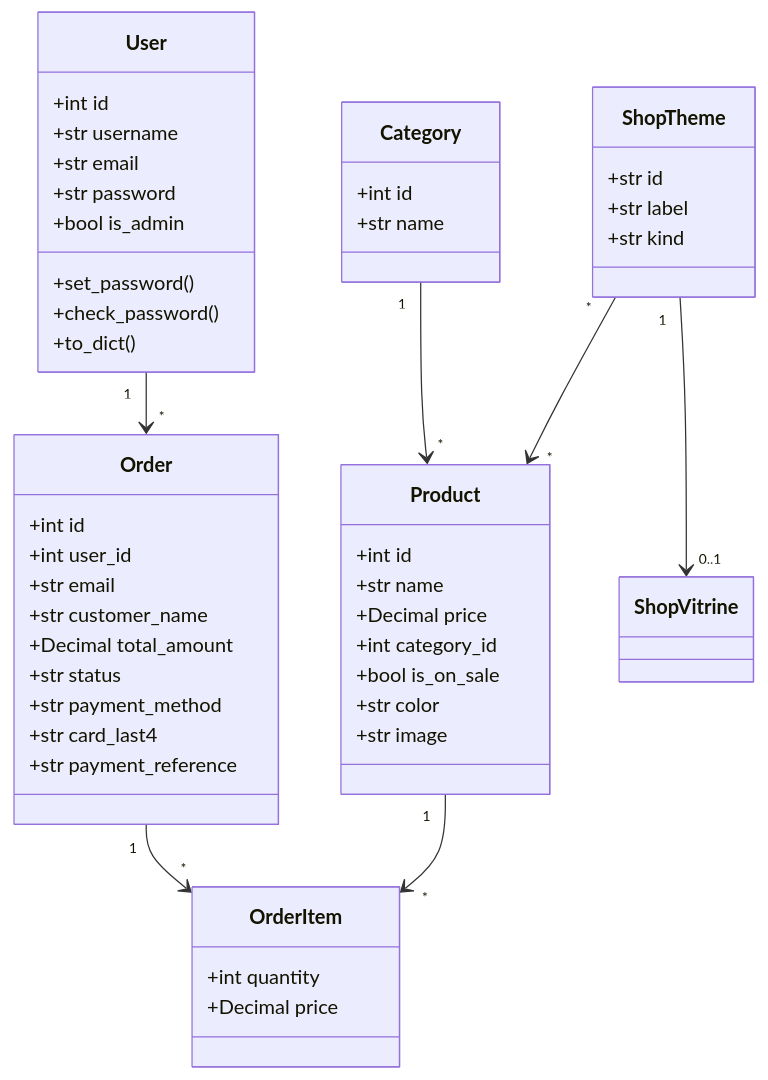
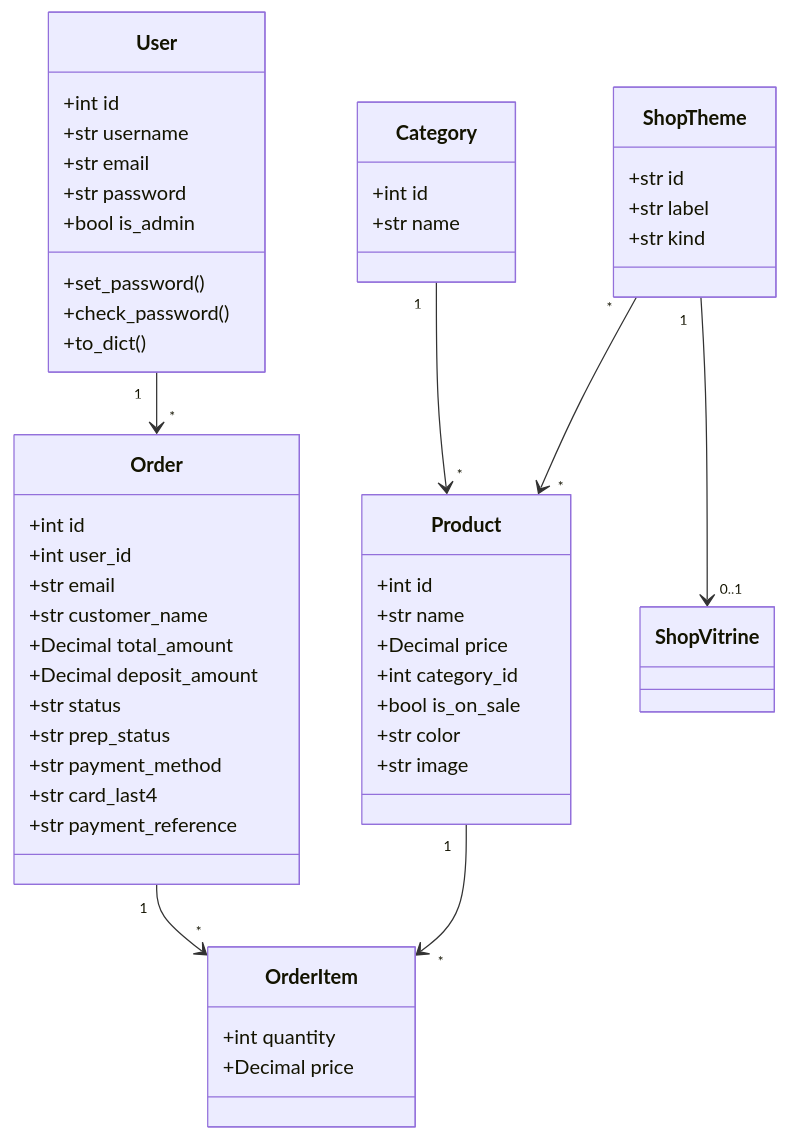
The third of 3 diagrams in README.md (Issercio/Demo-day), drawn with Mermaid before and after one commit. The commit also changed other lines of this file and 11 other files, not shown here.

````diff
--- a/README.md
+++ b/README.md
@@ -269,52 +271,54 @@
 ```mermaid
 classDiagram
   class User {
     +int id
     +str username
     +str email
     +str password
     +bool is_admin
     +set_password()
     +check_password()
     +to_dict()
   }
   class Product {
     +int id
     +str name
     +Decimal price
     +int category_id
     +bool is_on_sale
     +str color
     +str image
   }
   class Category {
     +int id
     +str name
   }
   class Order {
     +int id
     +int user_id
     +str email
     +str customer_name
     +Decimal total_amount
+    +Decimal deposit_amount
     +str status
+    +str prep_status
     +str payment_method
     +str card_last4
     +str payment_reference
   }
   class OrderItem {
     +int quantity
     +Decimal price
   }
   class ShopTheme {
     +str id
     +str label
     +str kind
   }
   User "1" --> "*" Order
   Category "1" --> "*" Product
   Order "1" --> "*" OrderItem
   Product "1" --> "*" OrderItem
   ShopTheme "*" --> "*" Product
   ShopTheme "1" --> "0..1" ShopVitrine
 ```
````
